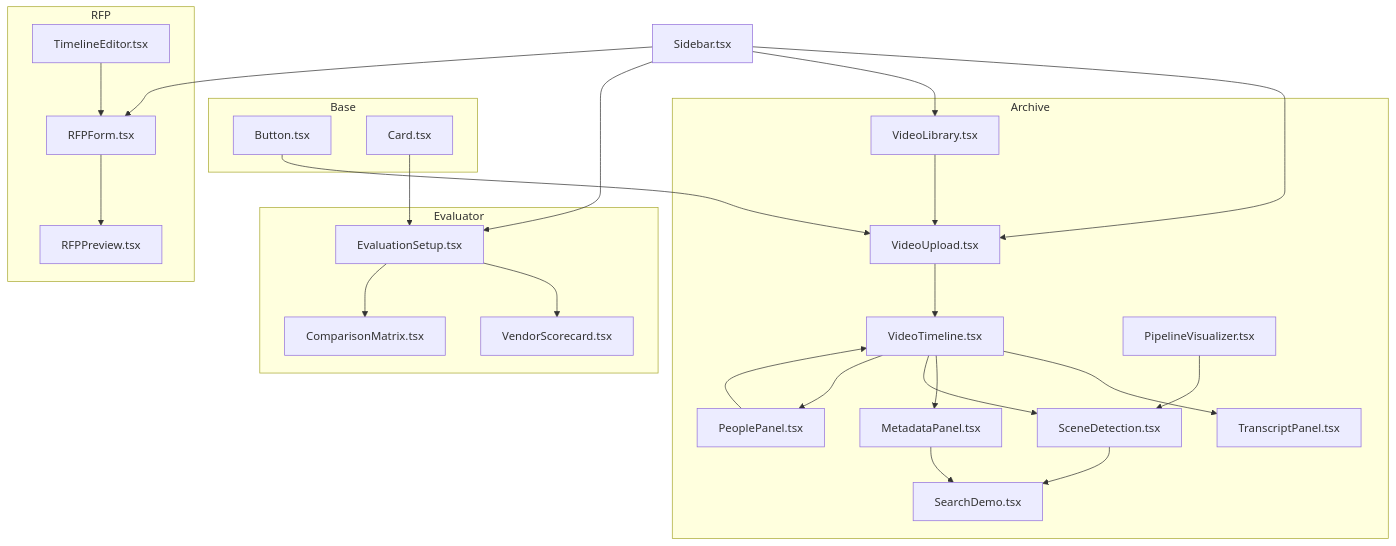
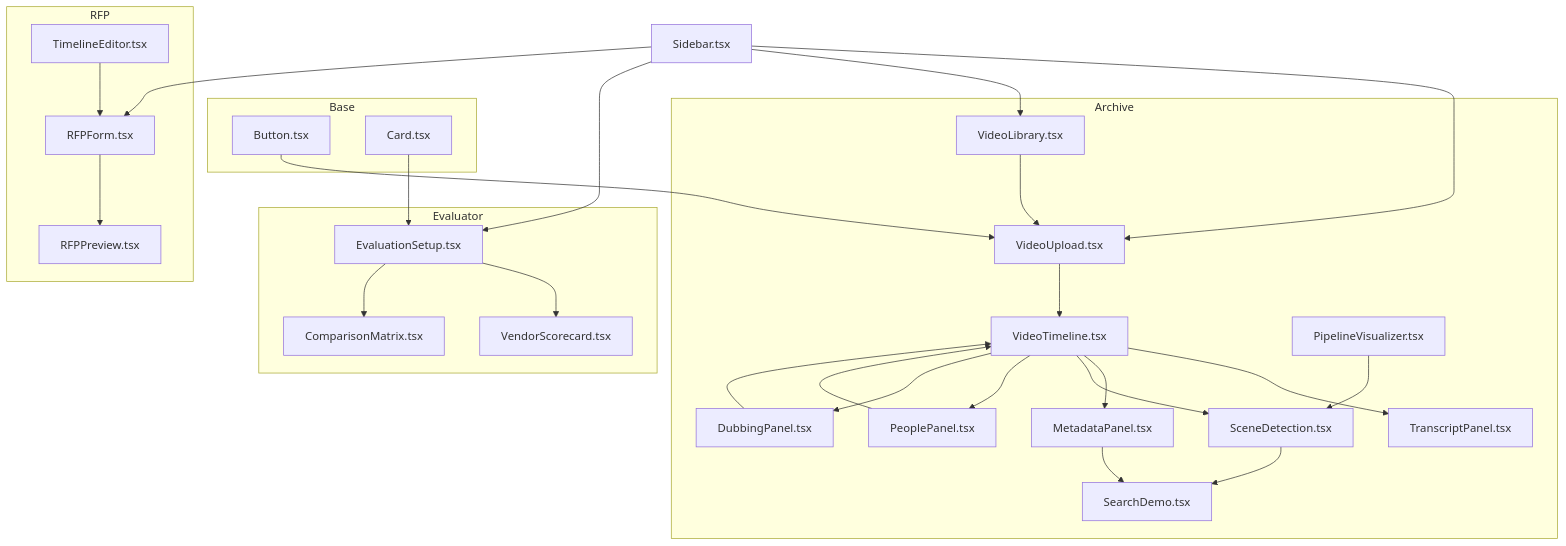
The first of 3 diagrams in .qoder/repowiki/en/content/Frontend Application/Component Library.md (alexandreybasta-cyber/dubai-media-ai), drawn with Mermaid before and after one commit. The commit also changed other lines of this file and 20 other files, not shown here.

````diff
--- a/.qoder/repowiki/en/content/Frontend Application/Component Library.md
+++ b/.qoder/repowiki/en/content/Frontend Application/Component Library.md
@@ -63,49 +66,52 @@
 ```mermaid
 graph TB
 subgraph "Base"
 B["Button.tsx"]
 C["Card.tsx"]
 end
 subgraph "Archive"
 VU["VideoUpload.tsx"]
 VT["VideoTimeline.tsx"]
 TP["TranscriptPanel.tsx"]
 MP["MetadataPanel.tsx"]
 SD["SearchDemo.tsx"]
 PV["PipelineVisualizer.tsx"]
 SC["SceneDetection.tsx"]
 PP["PeoplePanel.tsx"]
 VL["VideoLibrary.tsx"]
+DB["DubbingPanel.tsx"]
 end
 subgraph "RFP"
 RF["RFPForm.tsx"]
 RP["RFPPreview.tsx"]
 TE["TimelineEditor.tsx"]
 end
 subgraph "Evaluator"
 ES["EvaluationSetup.tsx"]
 VS["VendorScorecard.tsx"]
 CM["ComparisonMatrix.tsx"]
 end
 SB["Sidebar.tsx"]
 B --> VU
 C --> ES
 VU --> VT
 VT --> TP
 VT --> MP
 VT --> SC
 VT --> PP
+VT --> DB
 MP --> SD
 PV --> SC
 SC --> SD
 PP --> VT
 VL --> VU
+DB --> VT
 RF --> RP
 TE --> RF
 ES --> VS
 ES --> CM
 SB --> VU
 SB --> VL
 SB --> RF
 SB --> ES
 ```
````
